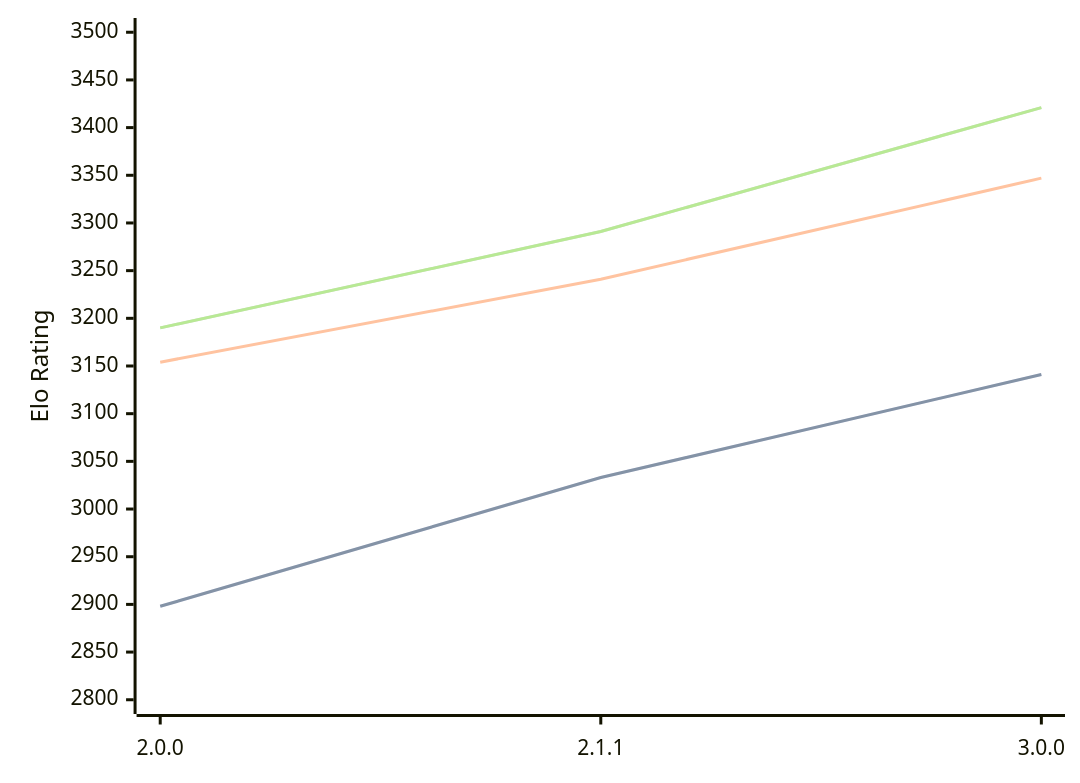
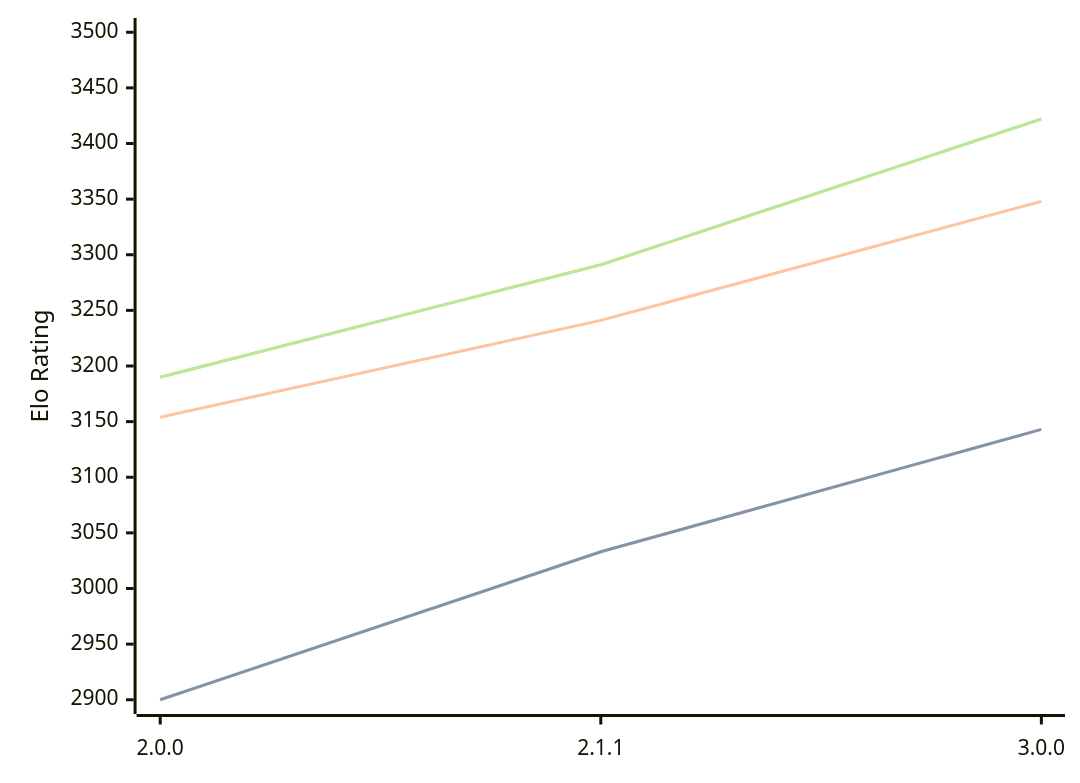
Before and after one commit to computer-chess-index/cci: the diagram in engines/Bread.md, drawn with Mermaid. The commit also changed other lines of this file, not shown here.

Commit message:
Update CCI Ratings (ELO VLTC) - 2026-04-24

````diff
--- a/engines/Bread.md
+++ b/engines/Bread.md
@@ -51,11 +51,11 @@
 ```mermaid
 %%{init: {"theme":"base","themeVariables":{"seriesColors:['#a3a3a3','#222221','#faa371']}}}%%
 xychart-beta
   x-axis ["2.0.0", "2.1.1", "3.0.0"]
-  y-axis "Elo Rating" 2800 --> 3500
-  line "STC (8.0+0.08s)" [2898, 3033, 3141]
-  line "STC (8.0+0.08s)" [2898, 3033, 3141]
-  line "LTC (60.0+0.60s)" [3154, 3241, 3347]
-  line "VLTC (2m24s+1.12s)" [3190, 3291, 3421]
-  line "VLTC (2m24s+1.12s)" [3190, 3291, 3421]
+  y-axis "Elo Rating" 2900 --> 3500
+  line "STC (8.0+0.08s)" [2900, 3033, 3143]
+  line "STC (8.0+0.08s)" [2900, 3033, 3143]
+  line "LTC (60.0+0.60s)" [3154, 3241, 3348]
+  line "VLTC (2m24s+1.12s)" [3190, 3291, 3422]
+  line "VLTC (2m24s+1.12s)" [3190, 3291, 3422]
 ```
````
